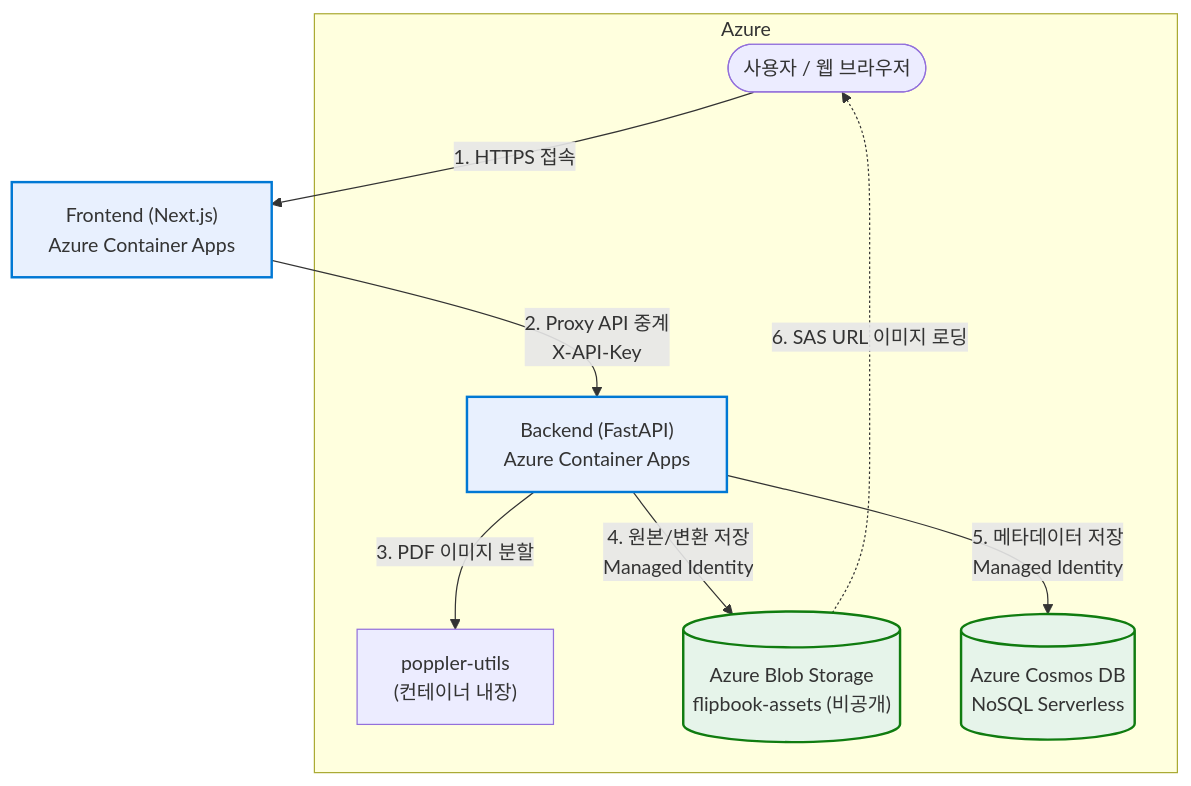
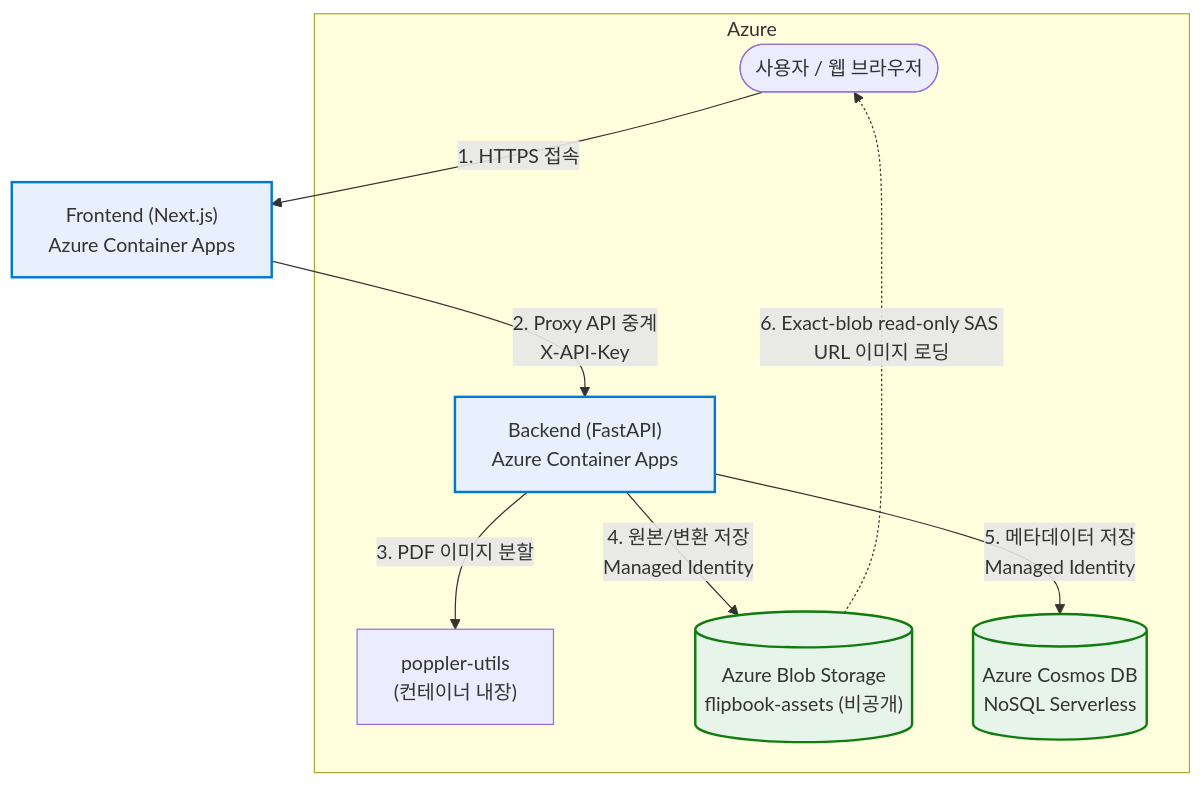
Before and after one commit to freeman9844/jjflipbook-azure: the diagram in README.md, drawn with Mermaid. The commit also changed other lines of this file, not shown here.

````diff
--- a/README.md
+++ b/README.md
@@ -34,17 +34,17 @@
 ```mermaid
 graph TD
     User([사용자 / 웹 브라우저]) -->|1. HTTPS 접속| FE["Frontend (Next.js)<br>Azure Container Apps"];
     FE -->|2. Proxy API 중계<br>X-API-Key| BE["Backend (FastAPI)<br>Azure Container Apps"];
 
     subgraph Azure
         BE -->|3. PDF 이미지 분할| Poppler["poppler-utils<br>(컨테이너 내장)"];
         BE -->|4. 원본/변환 저장<br>Managed Identity| Blob[("Azure Blob Storage<br>flipbook-assets (비공개)")];
         BE -->|5. 메타데이터 저장<br>Managed Identity| Cosmos[("Azure Cosmos DB<br>NoSQL Serverless")];
-        Blob -.->|6. SAS URL 이미지 로딩| User;
+        Blob -.->|6. Exact-blob read-only SAS URL 이미지 로딩| User;
     end
 
     style FE fill:#e8f0fe,stroke:#0078d4,stroke-width:2px
     style BE fill:#e8f0fe,stroke:#0078d4,stroke-width:2px
     style Blob fill:#e6f4ea,stroke:#107c10,stroke-width:2px
     style Cosmos fill:#e6f4ea,stroke:#107c10,stroke-width:2px
 ```
````
